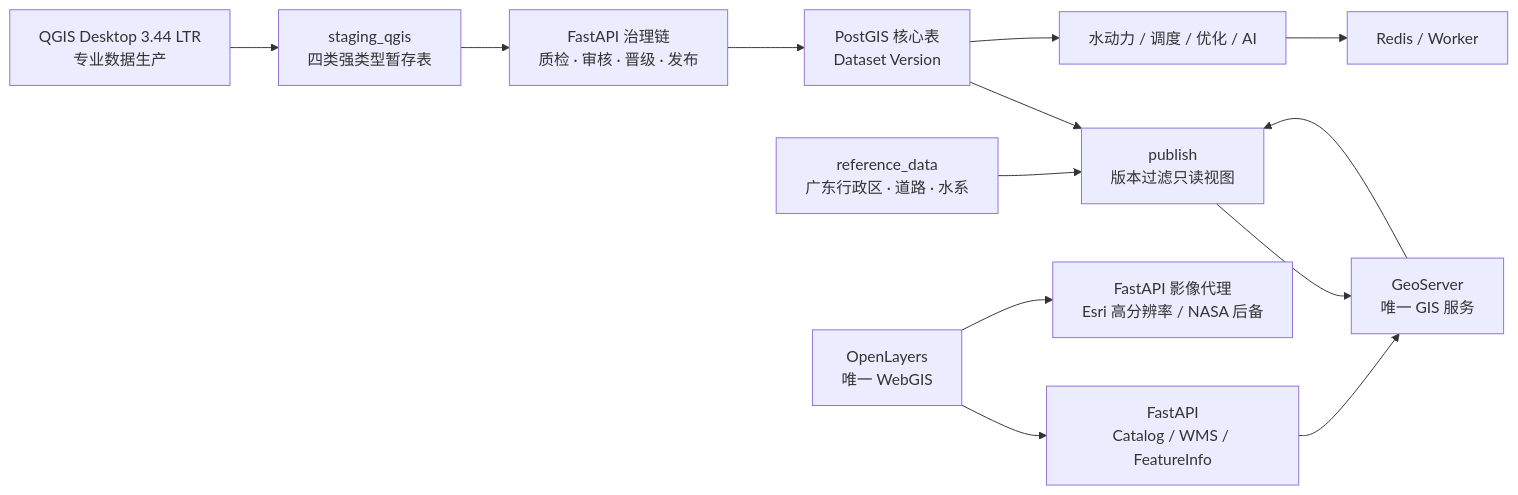
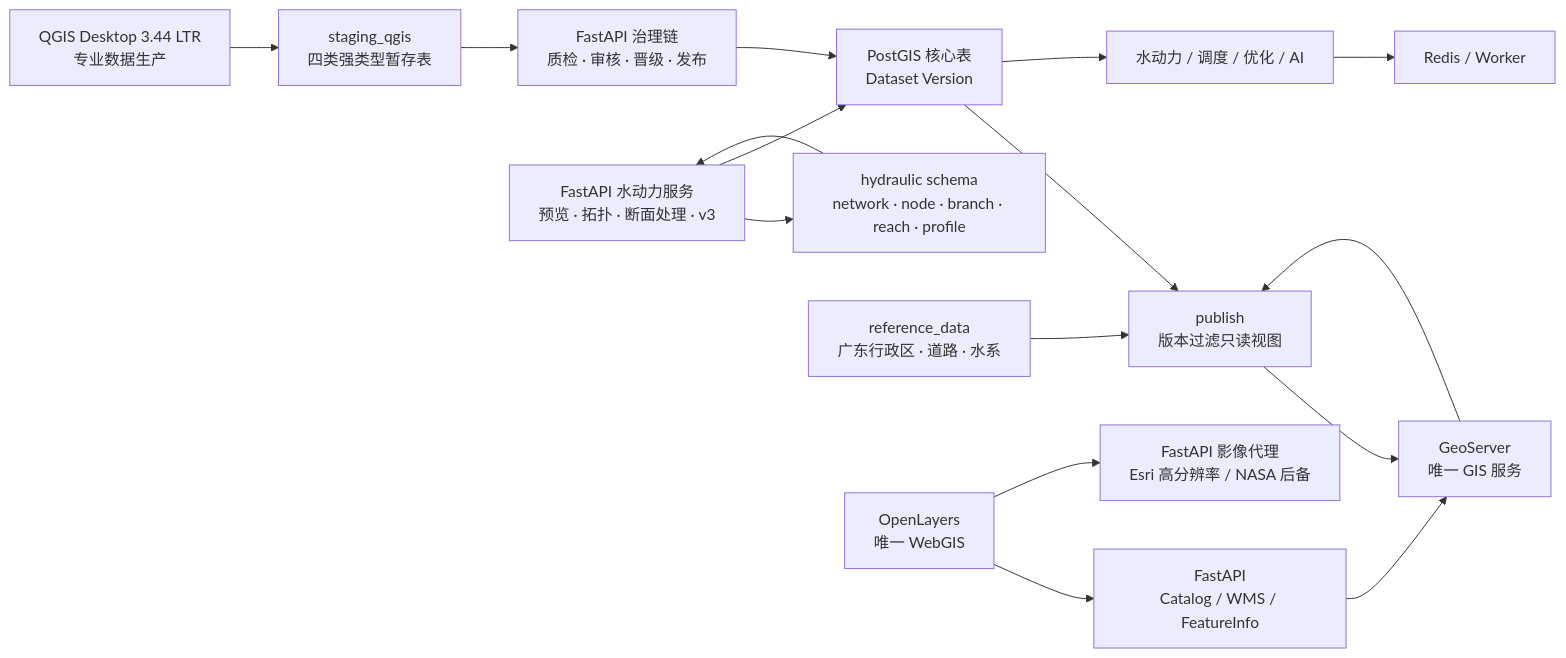
Before and after one commit to zj1310426307-stack/dayu-tiangong: the diagram in docs/architecture.md, drawn with Mermaid. The commit also changed other lines of this file and 121 other files, not shown here.

````diff
--- a/docs/architecture.md
+++ b/docs/architecture.md
@@ -8,15 +8,18 @@
 ```mermaid
 flowchart LR
   QGIS["QGIS Desktop 3.44 LTR<br/>专业数据生产"] --> STAGING["staging_qgis<br/>四类强类型暂存表"]
   STAGING --> GOV["FastAPI 治理链<br/>质检 · 审核 · 晋级 · 发布"]
   GOV --> CORE["PostGIS 核心表<br/>Dataset Version"]
+  EXCHANGE["FastAPI 水动力服务<br/>预览 · 拓扑 · 断面处理 · v3"] --> HYDRAULIC["hydraulic schema<br/>network · node · branch · reach · profile"]
+  EXCHANGE --> CORE
+  HYDRAULIC --> EXCHANGE
   CORE --> PUBLISH["publish<br/>版本过滤只读视图"]
   REFERENCE["reference_data<br/>广东行政区 · 道路 · 水系"] --> PUBLISH
   PUBLISH --> GEOSERVER["GeoServer<br/>唯一 GIS 服务"]
   OPENLAYERS["OpenLayers<br/>唯一 WebGIS"] --> API["FastAPI<br/>Catalog / WMS / FeatureInfo"]
   API --> GEOSERVER
   OPENLAYERS --> IMAGERY["FastAPI 影像代理<br/>Esri 高分辨率 / NASA 后备"]
   GEOSERVER --> PUBLISH
   CORE --> MODEL["水动力 / 调度 / 优化 / AI"]
   MODEL --> REDIS["Redis / Worker"]
 ```
````
